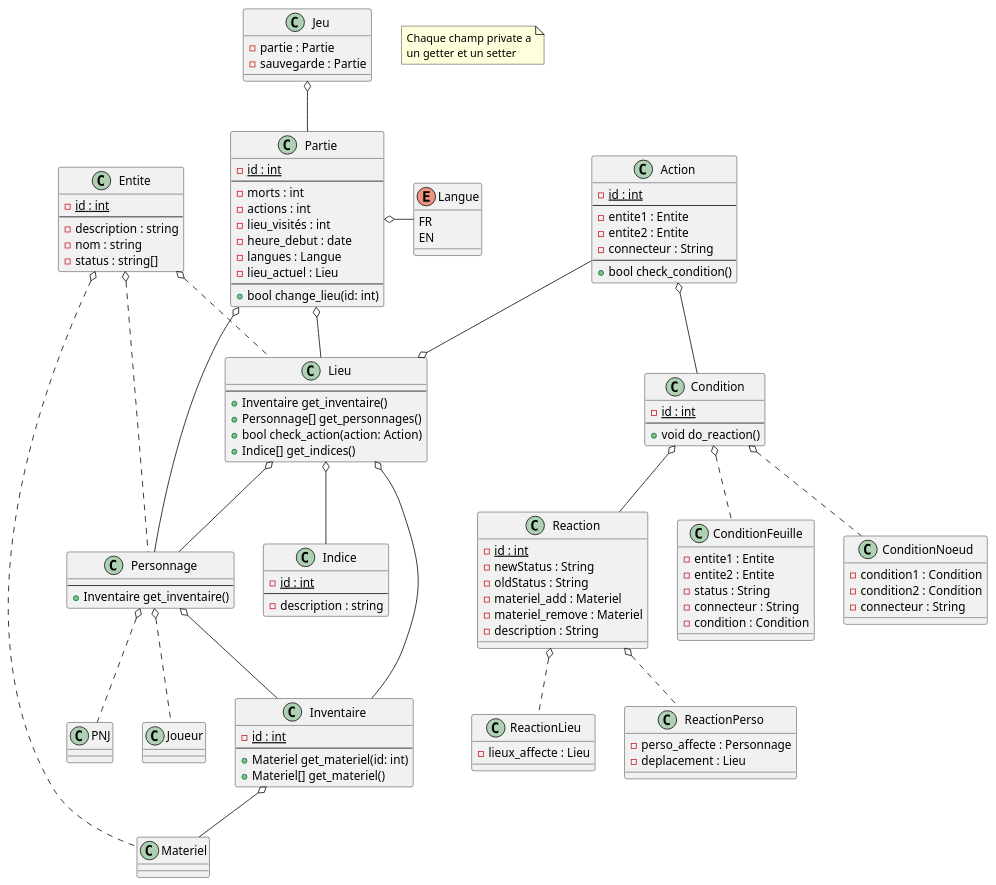
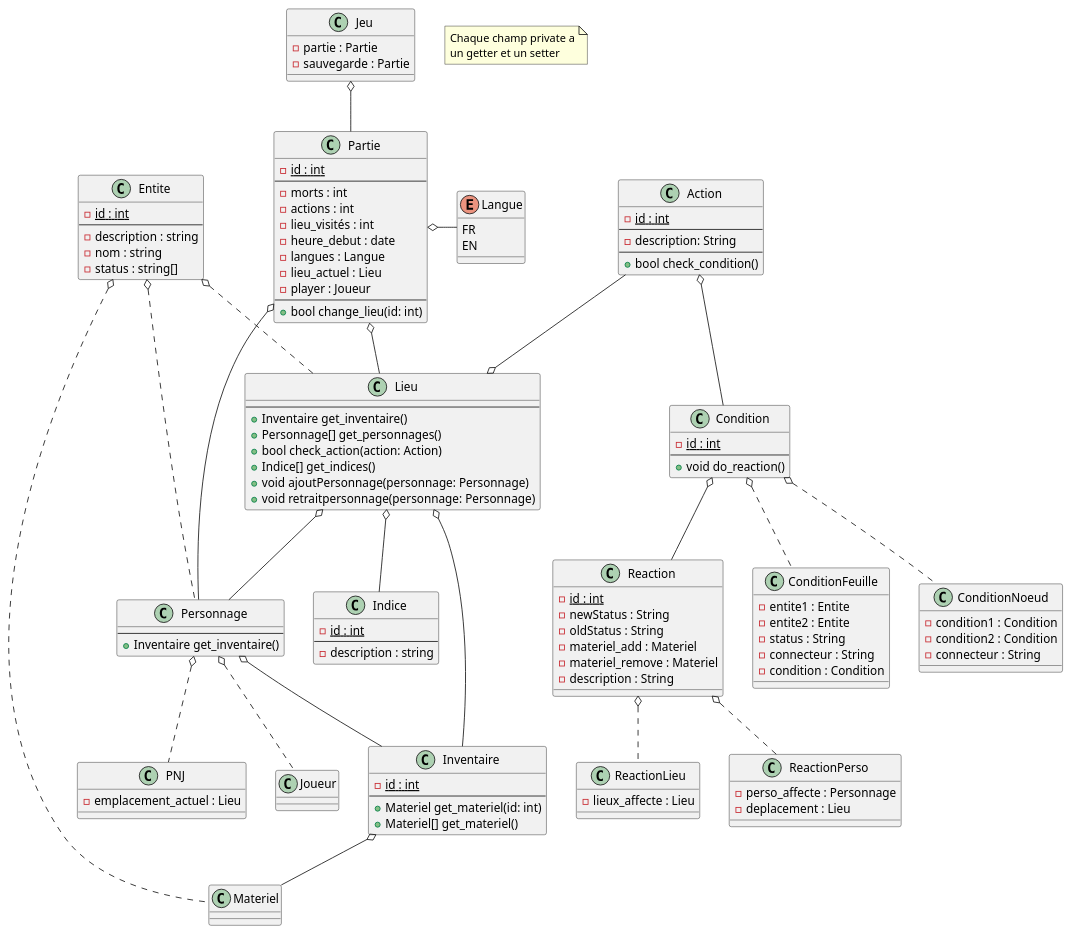
Before and after one commit to Serious-game-textuel/doc: the third of 3 diagrams in diagrammes.md, drawn with PlantUML. The commit also changed 1 other file, not shown here.

Commit message:
Changement du diagramme de classes pour les actions

```diff
--- a/diagrammes.md
+++ b/diagrammes.md
@@ -70,6 +70,7 @@
     -heure_debut : date
     -langues : Langue
     -lieu_actuel : Lieu
+    -player : Joueur
   --
     +bool change_lieu(id: int)
 }
@@ -98,7 +99,7 @@
 }
 
 Class PNJ {
-
+ -emplacement_actuel : Lieu
 }
 
 Class Lieu{
@@ -107,14 +108,14 @@
     +Personnage[] get_personnages()
     +bool check_action(action: Action)
     +Indice[] get_indices()
+    +void ajoutPersonnage(personnage: Personnage)
+    +void retraitpersonnage(personnage: Personnage)
 }
 
 Class Action{
     -{static} id : int
   --
-    -entite1 : Entite
-    -entite2 : Entite
-    -connecteur : String
+    -description: String
   --
     +bool check_condition()
 }
```
